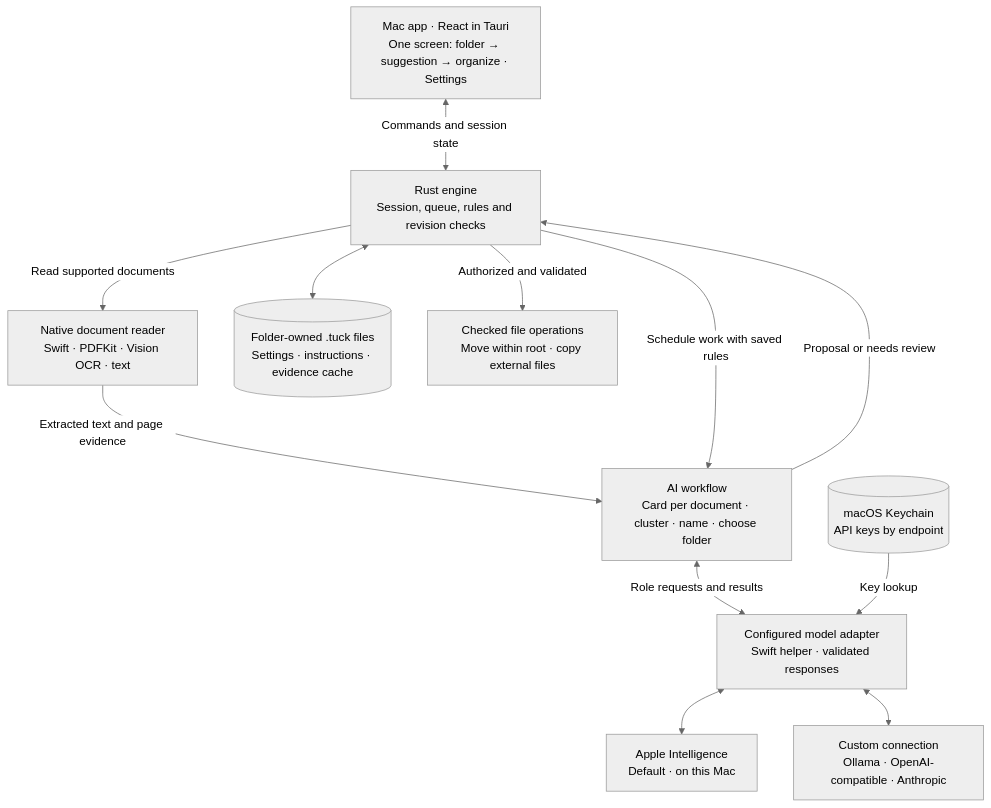
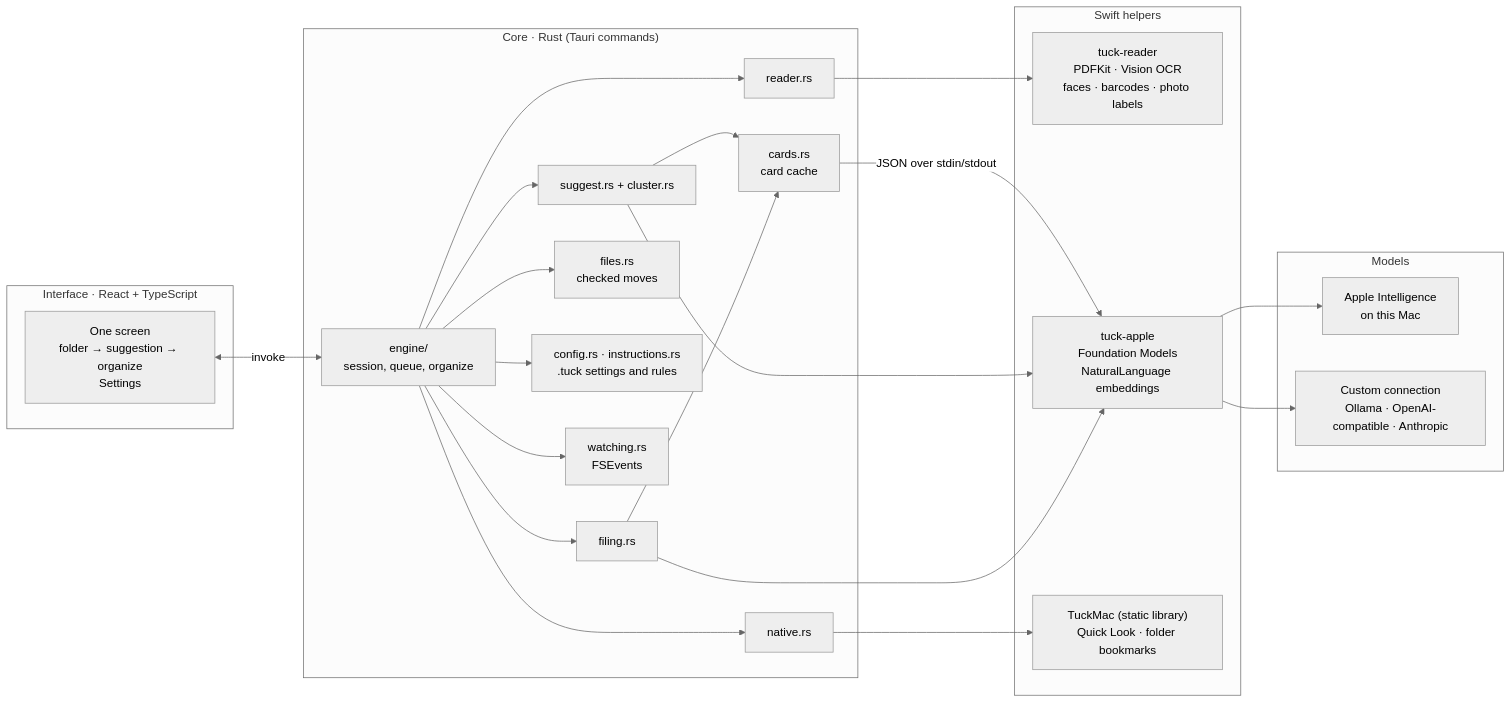
The first of 3 diagrams in docs/architecture.md (Haffaz/tuck), drawn with Mermaid (neutral theme) before and after one commit. The commit also changed other lines of this file and 24 other files, not shown here.

First line of the commit message:
docs: open-source README, architecture diagrams and current docs

````diff
--- a/docs/architecture.md
+++ b/docs/architecture.md
@@ -9,24 +13,45 @@
 ```mermaid
-flowchart TD
-    UI["Mac app · React in Tauri<br/>One screen: folder → suggestion → organize · Settings"]
-    CORE["Rust engine<br/>Session, queue, rules and revision checks"]
-    EXTRACT["Native document reader<br/>Swift · PDFKit · Vision OCR · text"]
-    AI["AI workflow<br/>Card per document · cluster · name · choose folder"]
-    SELECT["Configured model adapter<br/>Swift helper · validated responses"]
-    APPLE["Apple Intelligence<br/>Default · on this Mac"]
-    CUSTOM["Custom connection<br/>Ollama · OpenAI-compatible · Anthropic"]
-    STORE[("Folder-owned .tuck files<br/>Settings · instructions · evidence cache")]
-    KEYS[("macOS Keychain<br/>API keys by endpoint")]
-    FILES["Checked file operations<br/>Move within root · copy external files"]
-    UI <-->|"Commands and session state"| CORE
-    CORE -->|"Read supported documents"| EXTRACT
-    EXTRACT -->|"Extracted text and page evidence"| AI
-    CORE -->|"Schedule work with saved rules"| AI
-    AI <-->|"Role requests and results"| SELECT
-    SELECT <--> APPLE
-    SELECT <--> CUSTOM
-    KEYS -->|"Key lookup"| SELECT
-    CORE <--> STORE
-    AI -->|"Proposal or needs review"| CORE
-    CORE -->|"Authorized and validated"| FILES
+flowchart LR
+    subgraph UI["Interface · React + TypeScript"]
+        Screens["One screen<br/>folder → suggestion → organize<br/>Settings"]
+    end
+
+    subgraph Core["Core · Rust (Tauri commands)"]
+        Engine["engine/<br/>session, queue, organize"]
+        Reader["reader.rs"]
+        Suggest["suggest.rs + cluster.rs"]
+        Filing["filing.rs"]
+        Cards["cards.rs<br/>card cache"]
+        Files["files.rs<br/>checked moves"]
+        Rules["config.rs · instructions.rs<br/>.tuck settings and rules"]
+        Watch["watching.rs<br/>FSEvents"]
+        Native["native.rs"]
+    end
+
+    subgraph Swift["Swift helpers"]
+        TR["tuck-reader<br/>PDFKit · Vision OCR<br/>faces · barcodes · photo labels"]
+        TA["tuck-apple<br/>Foundation Models<br/>NaturalLanguage embeddings"]
+        TM["TuckMac (static library)<br/>Quick Look · folder bookmarks"]
+    end
+
+    subgraph Models["Models"]
+        Apple["Apple Intelligence<br/>on this Mac"]
+        Custom["Custom connection<br/>Ollama · OpenAI-compatible · Anthropic"]
+    end
+
+    Screens <-->|"invoke"| Engine
+    Engine --> Reader --> TR
+    Engine --> Suggest
+    Engine --> Filing
+    Suggest --> Cards
+    Filing --> Cards
+    Cards -->|"JSON over stdin/stdout"| TA
+    Suggest --> TA
+    Filing --> TA
+    TA --> Apple
+    TA --> Custom
+    Engine --> Files
+    Engine --> Rules
+    Engine --> Watch
+    Engine --> Native --> TM
 ```
````
